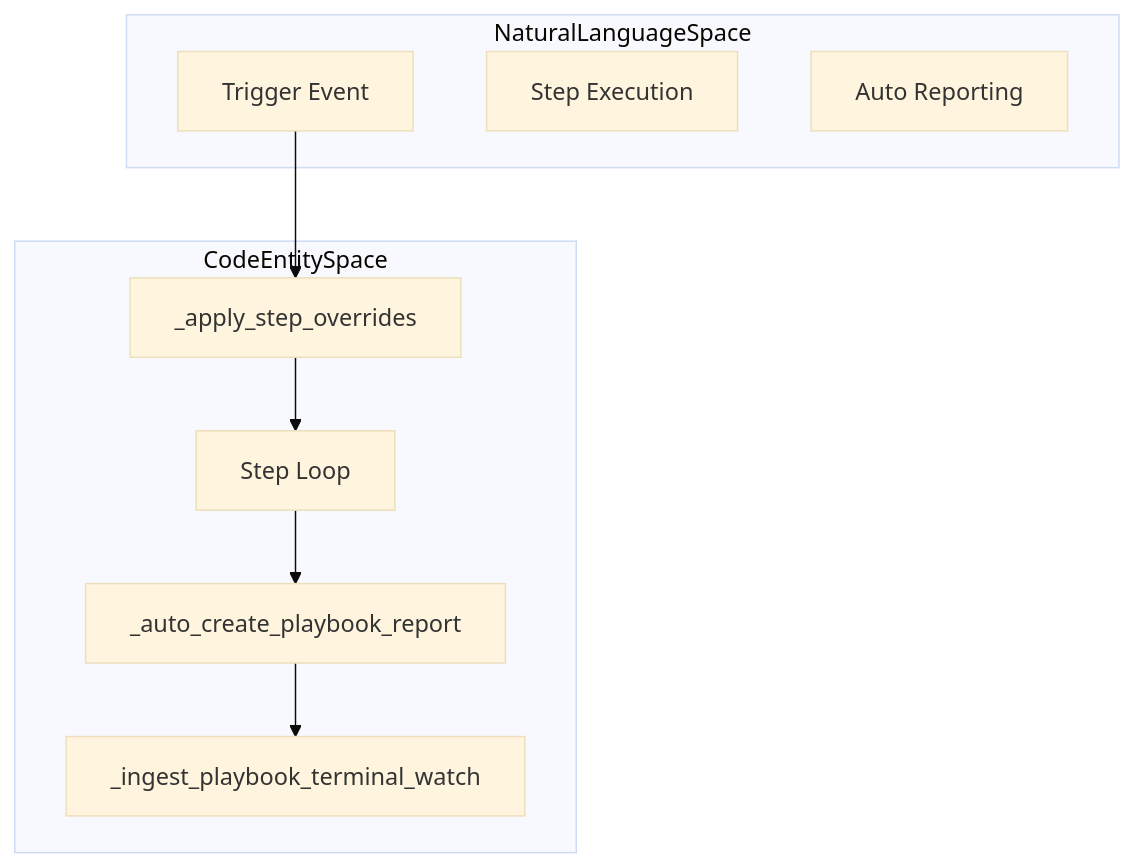
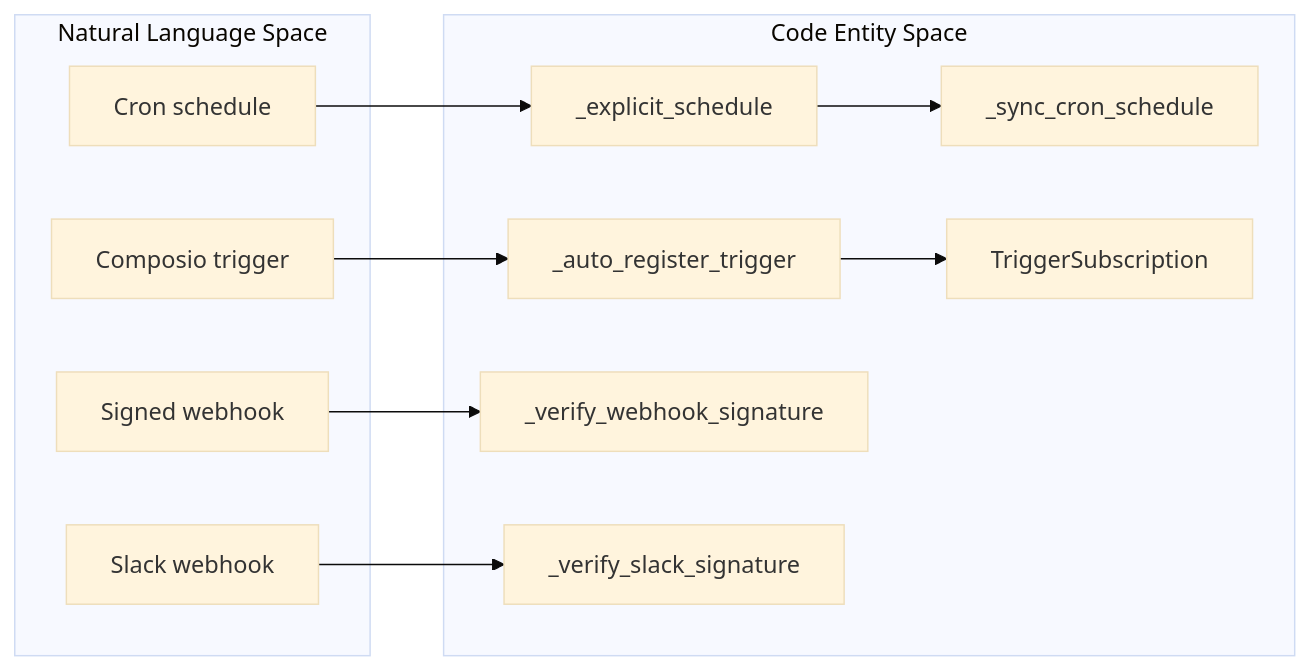
The third of 4 diagrams in docs/workflows-recipes/_index.md (AutomatosAI/automatos-ai), drawn with Mermaid (base theme) before and after one commit. The commit also changed other lines of this file and 188 other files, not shown here.

First line of the commit message:
docs: refresh architecture docs and add coverage for new subsystems (#1416)

````diff
--- a/docs/workflows-recipes/_index.md
+++ b/docs/workflows-recipes/_index.md
@@ -86,20 +145,23 @@
 ```mermaid
-graph TD
-    subgraph "NaturalLanguageSpace"
-        NL_Trigger["Trigger Event"]
-        NL_StepExec["Step Execution"]
-        NL_Report["Auto Reporting"]
+graph LR
+    subgraph "Natural Language Space"
+        Cron["Cron schedule"]
+        Trigger["Composio trigger"]
+        Webhook["Signed webhook"]
+        SlackWebhook["Slack webhook"]
     end
-
-    subgraph "CodeEntitySpace"
-        CE_Overrides["_apply_step_overrides"]
-        CE_Loop["Step Loop"]
-        CE_Report["_auto_create_playbook_report"]
-        CE_Watch["_ingest_playbook_terminal_watch"]
+    subgraph "Code Entity Space"
+        Validate["_explicit_schedule"]
+        Sync["_sync_cron_schedule"]
+        Register["_auto_register_trigger"]
+        Subscription["TriggerSubscription"]
+        VerifyWebhook["_verify_webhook_signature"]
+        VerifySlack["_verify_slack_signature"]
     end
-
-    NL_Trigger --> CE_Overrides
-    CE_Overrides --> CE_Loop
-    CE_Loop --> CE_Report
-    CE_Report --> CE_Watch
+    Cron --> Validate
+    Validate --> Sync
+    Trigger --> Register
+    Register --> Subscription
+    Webhook --> VerifyWebhook
+    SlackWebhook --> VerifySlack
 ```
````
